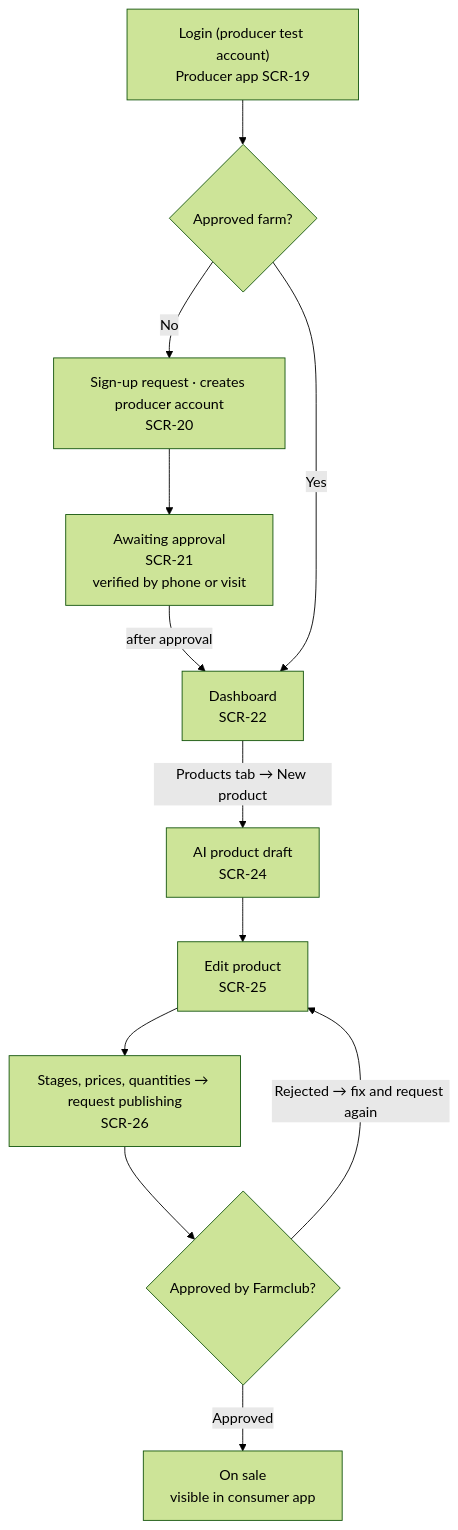
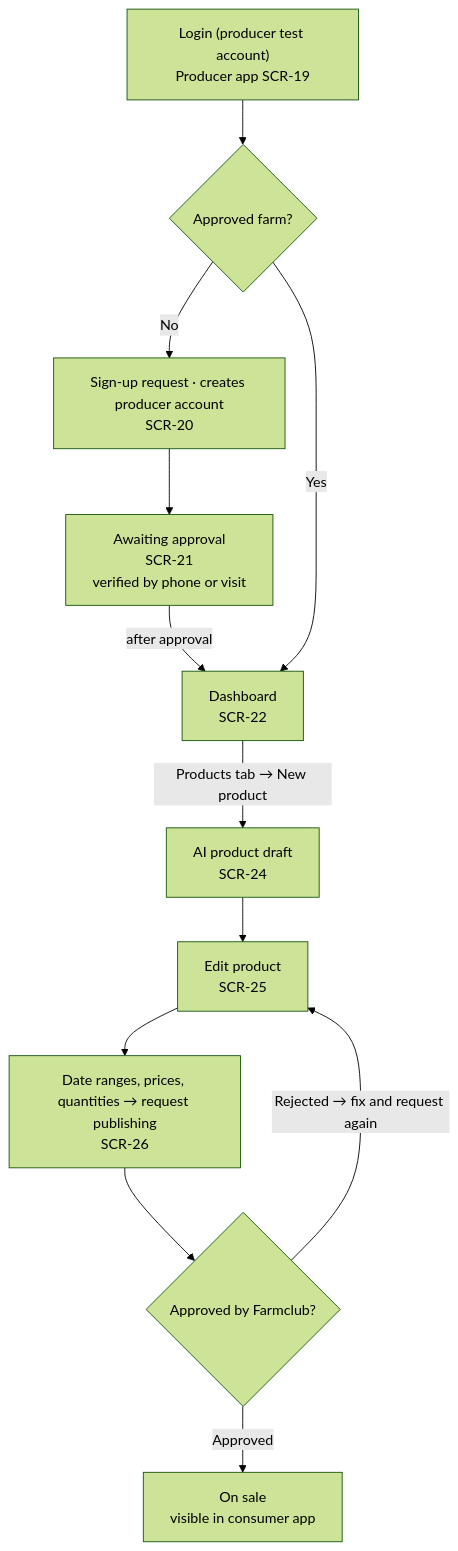
The third of 5 diagrams in docs/wiki/Design-Documentation.md (snuhcs-course/swpp-2026-project-team-06), drawn with Mermaid (forest theme) before and after one commit. The commit also changed other lines of this file and 28 other files, not shown here.

````diff
--- a/docs/wiki/Design-Documentation.md
+++ b/docs/wiki/Design-Documentation.md
@@ -163,11 +167,11 @@
 ```mermaid
 flowchart TD
   a["Login (producer test account)<br/>Producer app SCR-19"] --> d1{"Approved farm?"}
   d1 -- No --> b["Sign-up request · creates producer account<br/>SCR-20"] --> c["Awaiting approval<br/>SCR-21<br/>verified by phone or visit"]
   c -- after approval --> h["Dashboard<br/>SCR-22"]
   d1 -- Yes --> h
-  h -- Products tab → New product --> dr["AI product draft<br/>SCR-24"] --> ed["Edit product<br/>SCR-25"] --> st["Stages, prices, quantities → request publishing<br/>SCR-26"]
+  h -- Products tab → New product --> dr["AI product draft<br/>SCR-24"] --> ed["Edit product<br/>SCR-25"] --> st["Date ranges, prices, quantities → request publishing<br/>SCR-26"]
   st --> d2{"Approved by Farmclub?"}
   d2 -- Rejected → fix and request again --> ed
   d2 -- Approved --> live["On sale<br/>visible in consumer app"]
 ```
````
